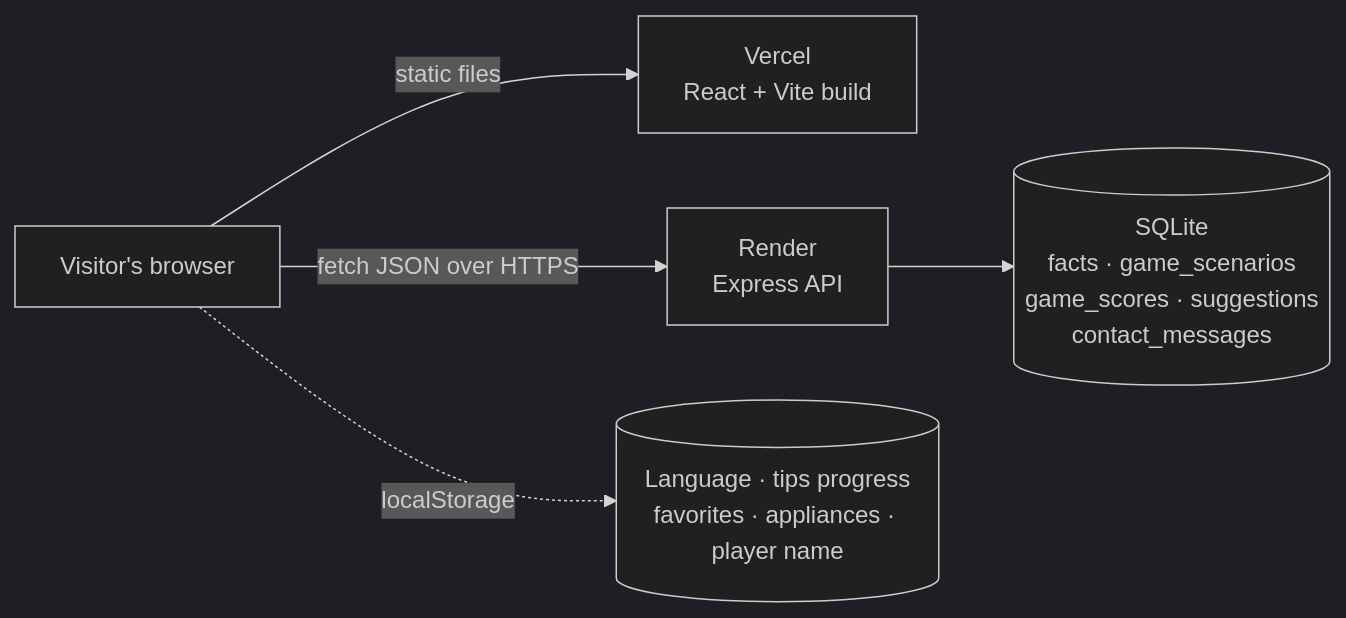
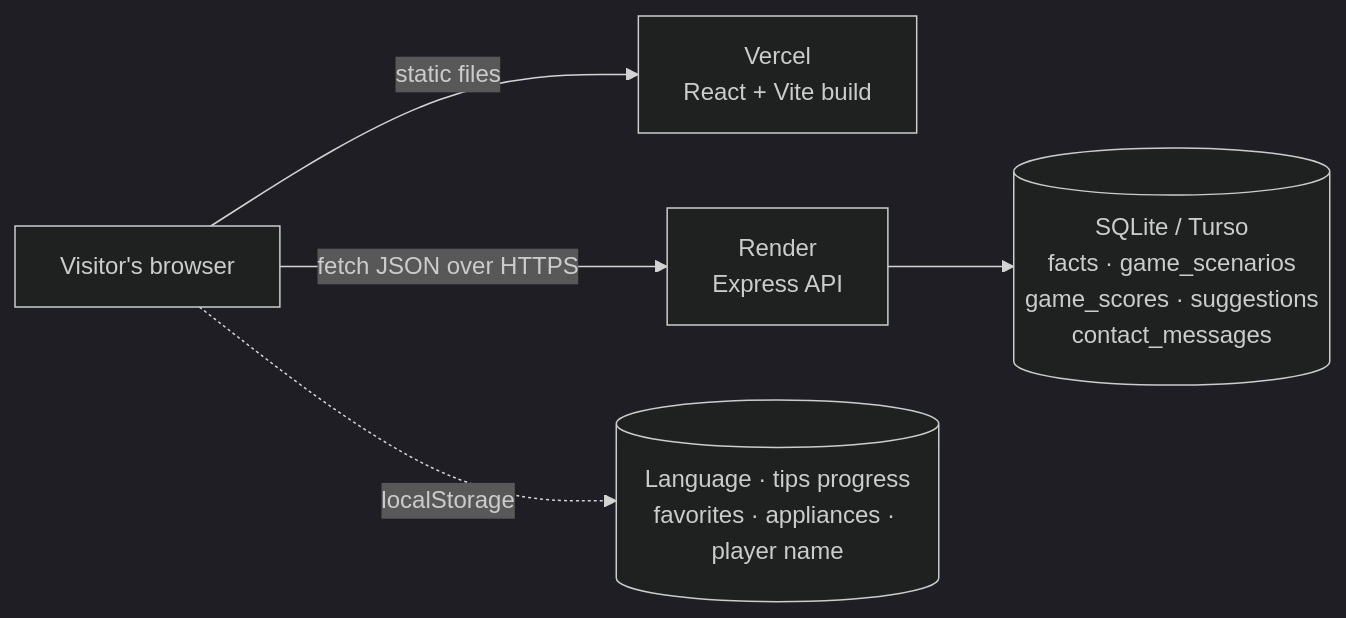
The diagram in README.md (stefaniat2/energize-the-future), drawn with Mermaid (dark theme) before and after one commit. The commit also changed other lines of this file and 11 other files, not shown here.

````diff
--- a/README.md
+++ b/README.md
@@ -88,7 +98,7 @@
 ```mermaid
 flowchart LR
     U[Visitor's browser] -->|static files| V[Vercel<br/>React + Vite build]
     U -->|fetch JSON over HTTPS| R[Render<br/>Express API]
-    R --> D[(SQLite<br/>facts · game_scenarios<br/>game_scores · suggestions<br/>contact_messages)]
+    R --> D[(SQLite / Turso<br/>facts · game_scenarios<br/>game_scores · suggestions<br/>contact_messages)]
     U -.->|localStorage| L[(Language · tips progress<br/>favorites · appliances · player name)]
 ```
````
